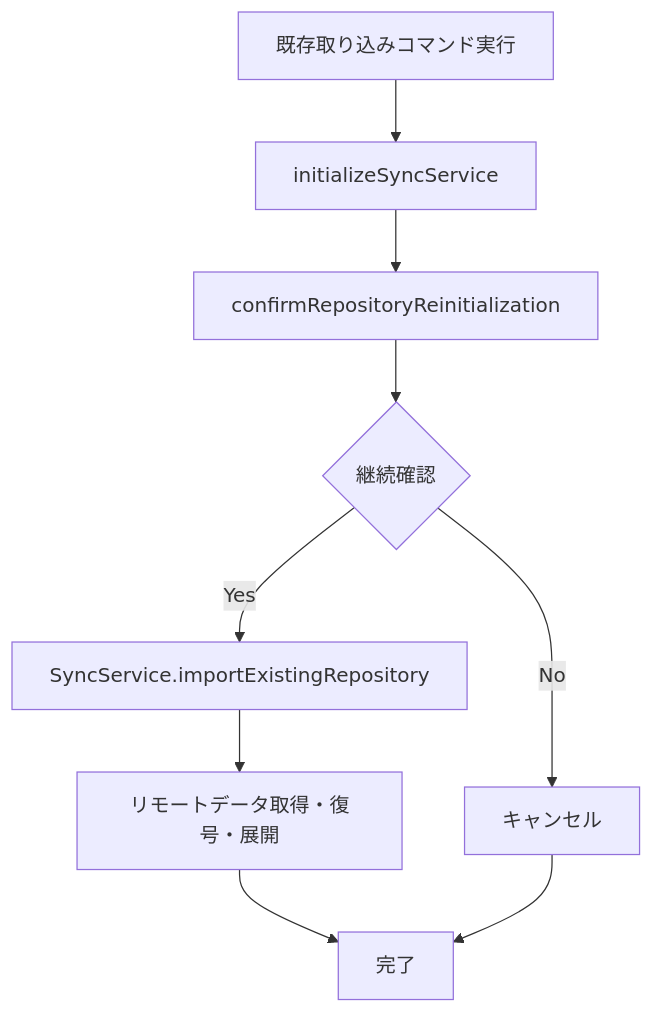
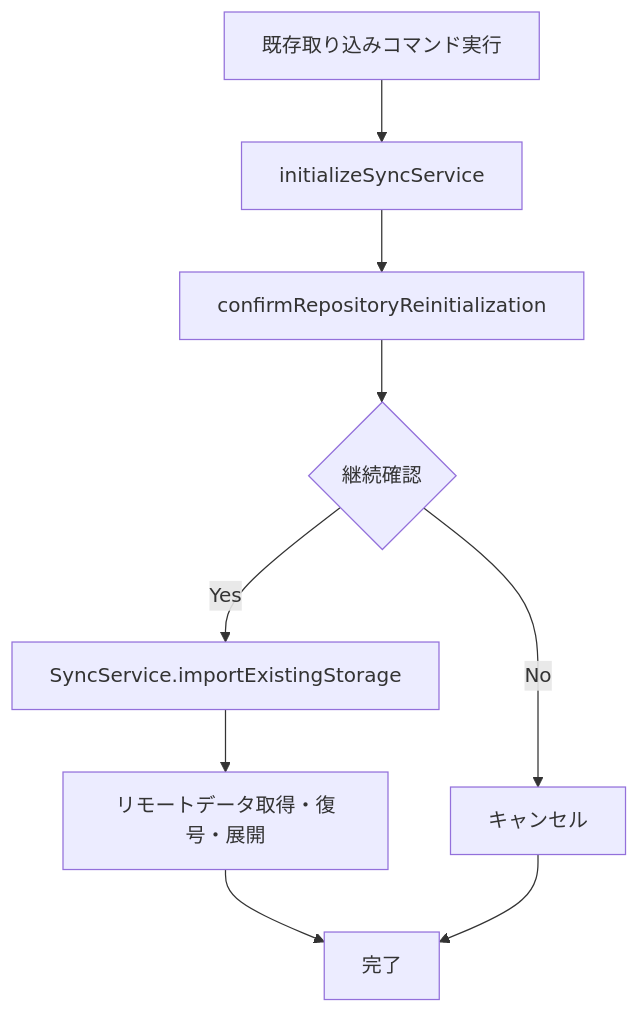
The third of 4 diagrams in docs/sync-process-detailed-analysis.md (masahide/SecureNotesSyncVSCodeExt), drawn with Mermaid before and after one commit. The commit also changed other lines of this file and 4 other files, not shown here.

````diff
--- a/docs/sync-process-detailed-analysis.md
+++ b/docs/sync-process-detailed-analysis.md
@@ -64,11 +64,11 @@
 ```mermaid
 graph TD
     A[既存取り込みコマンド実行] --> B[initializeSyncService];
     B --> C[confirmRepositoryReinitialization];
     C --> D{継続確認};
     D -->|No| E[キャンセル];
-    D -->|Yes| F[SyncService.importExistingRepository];
+    D -->|Yes| F[SyncService.importExistingStorage];
     F --> G[リモートデータ取得・復号・展開];
     G --> H[完了];
     E --> H;
 ```
````
